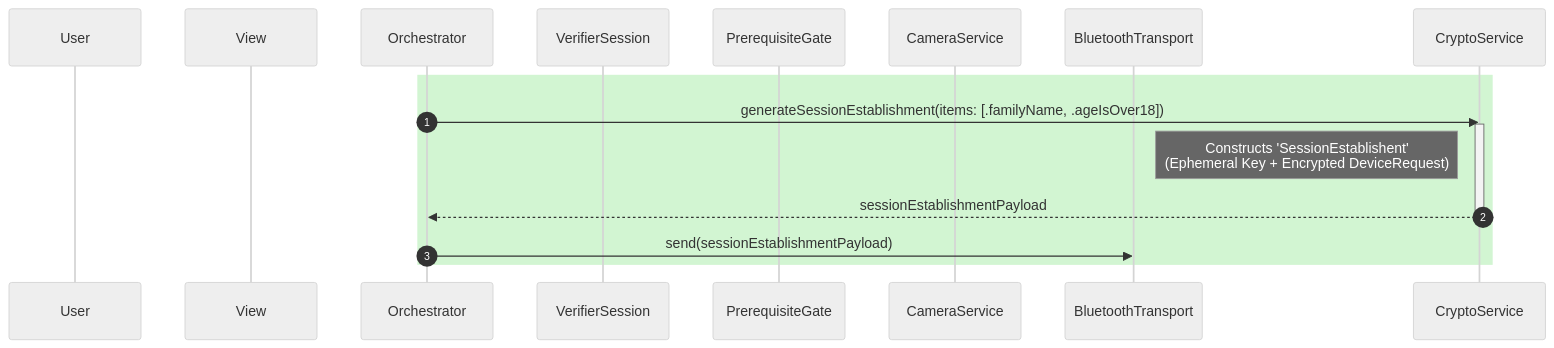
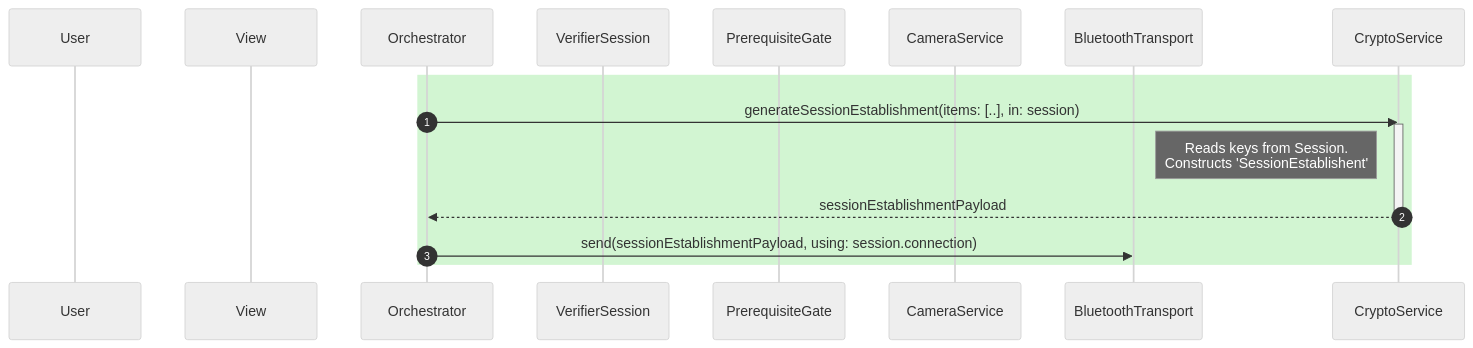
The fifth of 8 diagrams in verifier-solution-architecture.md (govuk-one-login/mobile-credential-sharing-docs), drawn with Mermaid (neutral theme) before and after one commit. The commit also changed other lines of this file, not shown here.

Commit message:
updates to verifier solution architecture to match holder

````diff
--- a/verifier-solution-architecture.md
+++ b/verifier-solution-architecture.md
@@ -395,25 +422,25 @@
 ```mermaid
 sequenceDiagram
     autonumber
     
     participant User
     participant UI as View
     participant OR as Orchestrator
     participant VS as VerifierSession
     participant PG as PrerequisiteGate
     participant CAM as CameraService
     participant BLE as BluetoothTransport
     participant CRY as CryptoService
     
     rect rgb(210, 245, 210)
 
-    OR->>CRY: generateSessionEstablishment(items: [.familyName, .ageIsOver18])
+    OR->>CRY: generateSessionEstablishment(items: [..], in: session)
     activate CRY
-    Note left of CRY: Constructs 'SessionEstablishent'<br/>(Ephemeral Key + Encrypted DeviceRequest)
+    Note left of CRY: Reads keys from Session.<br/>Constructs 'SessionEstablishent'
     CRY-->>OR: sessionEstablishmentPayload
     deactivate CRY
 
-    OR->>BLE: send(sessionEstablishmentPayload)
+    OR->>BLE: send(sessionEstablishmentPayload, using: session.connection)
     
     end
 ```
````
